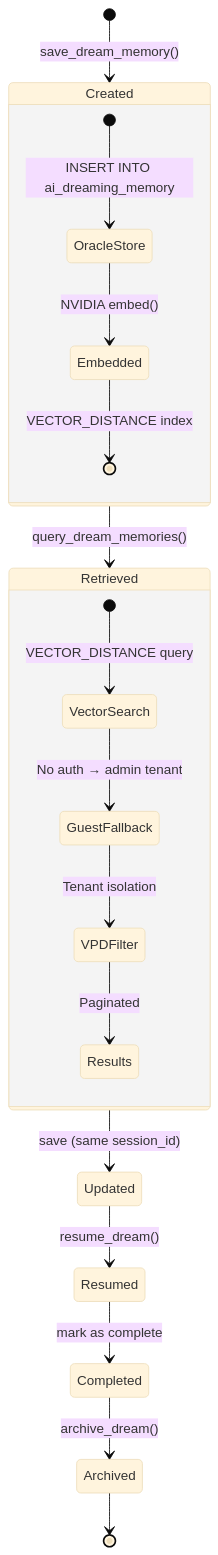
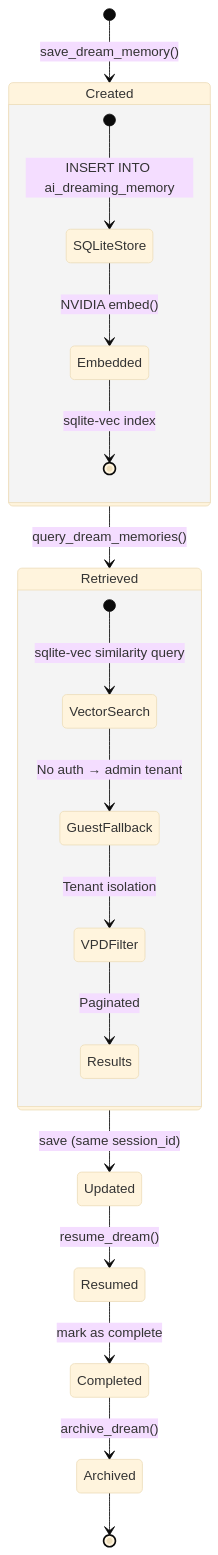
One commit to giauphan/codeatlas-platform changed the diagram in docs/diagrams/dreams.mmd. Above: the diagram before and after it, drawn with Mermaid (base theme). The commit also changed 79 other files, not shown here.

First line of the commit message:
Migrate from Oracle to SQLite as default database (#226)

```diff
--- a/docs/diagrams/dreams.mmd
+++ b/docs/diagrams/dreams.mmd
@@ -1,21 +1,21 @@
 stateDiagram-v2
     [*] --> Created: save_dream_memory()
     Created --> Retrieved: query_dream_memories()
     Retrieved --> Updated: save (same session_id)
     Updated --> Resumed: resume_dream()
     Resumed --> Completed: mark as complete
     Completed --> Archived: archive_dream()
     Archived --> [*]
 
     state Created {
-        [*] --> OracleStore: INSERT INTO ai_dreaming_memory
-        OracleStore --> Embedded: NVIDIA embed()
-        Embedded --> [*]: VECTOR_DISTANCE index
+        [*] --> SQLiteStore: INSERT INTO ai_dreaming_memory
+        SQLiteStore --> Embedded: NVIDIA embed()
+        Embedded --> [*]: sqlite-vec index
     }
 
     state Retrieved {
-        [*] --> VectorSearch: VECTOR_DISTANCE query
+        [*] --> VectorSearch: sqlite-vec similarity query
         VectorSearch --> GuestFallback: No auth → admin tenant
         GuestFallback --> VPDFilter: Tenant isolation
         VPDFilter --> Results: Paginated
     }
```
